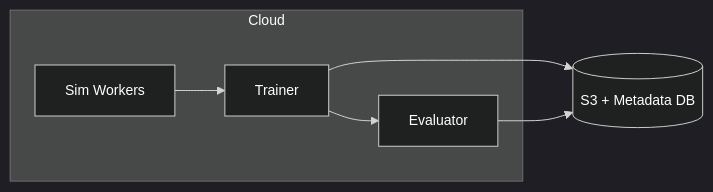
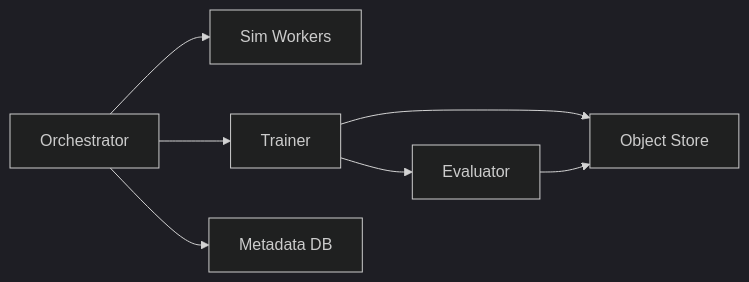
Before and after one commit to aurelius-in/RoboCaps: the diagram in architecture/system_C_Sim2Real/Sim2Real_implementable.md, drawn with Mermaid. The commit also changed other lines of this file and 13 other files, not shown here.

Commit message:
arch: deepen global/system docs with detailed narratives and diagrams

````diff
--- a/architecture/system_C_Sim2Real/Sim2Real_implementable.md
+++ b/architecture/system_C_Sim2Real/Sim2Real_implementable.md
@@ -25,14 +25,10 @@
 ```mermaid
-%%{init: { 'theme': 'dark', 'themeVariables': { 'background':'#000', 'primaryTextColor':'#FFF', 'textColor':'#FFF', 'fontSize':'14px' }}}%%
+%%{init: { 'theme': 'dark', 'themeVariables': { 'background':'#000', 'primaryTextColor':'#FFF', 'fontSize':'16px' }}}%%
 flowchart LR
-    subgraph Cloud[Cloud]
-      Sim[Sim Workers]
-      Train[Trainer]
-      Eval[Evaluator]
-      Sim --> Train
-      Train --> Eval
-    end
-    Store[(S3 + Metadata DB)]
-    Train --> Store
-    Eval --> Store
+  Orchestrator[Orchestrator] --> Sim[Sim Workers]
+  Orchestrator --> Train[Trainer]
+  Train --> Eval[Evaluator]
+  Train --> S3[Object Store]
+  Eval --> S3
+  Orchestrator --> Meta[Metadata DB]
 ```
````
